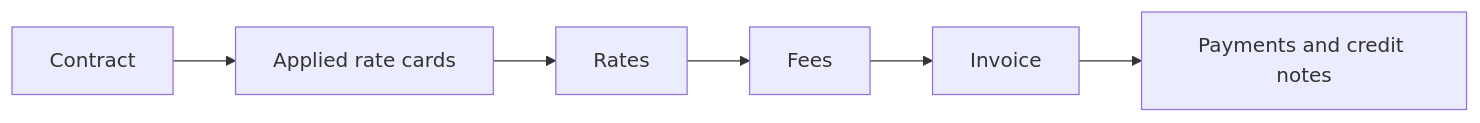
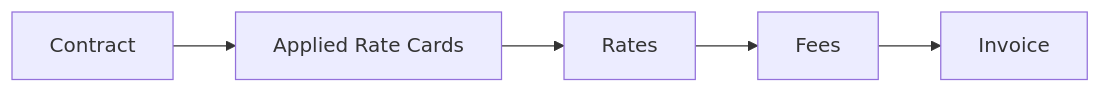
One commit to getlago/lago-doc changed the diagram in v2/guide/invoicing/overview.mdx. Above: the diagram before and after it, drawn with Mermaid. The commit also changed other lines of this file, not shown here.

````diff
--- a/v2/guide/invoicing/overview.mdx
+++ b/v2/guide/invoicing/overview.mdx
@@ -17,8 +20,7 @@
 ```mermaid
 flowchart LR
-  A[Contract] --> B[Applied rate cards]
+  A[Contract] --> B[Applied Rate Cards]
   B --> C[Rates]
   C --> D[Fees]
   D --> E[Invoice]
-  E --> F[Payments and credit notes]
 ```
````
